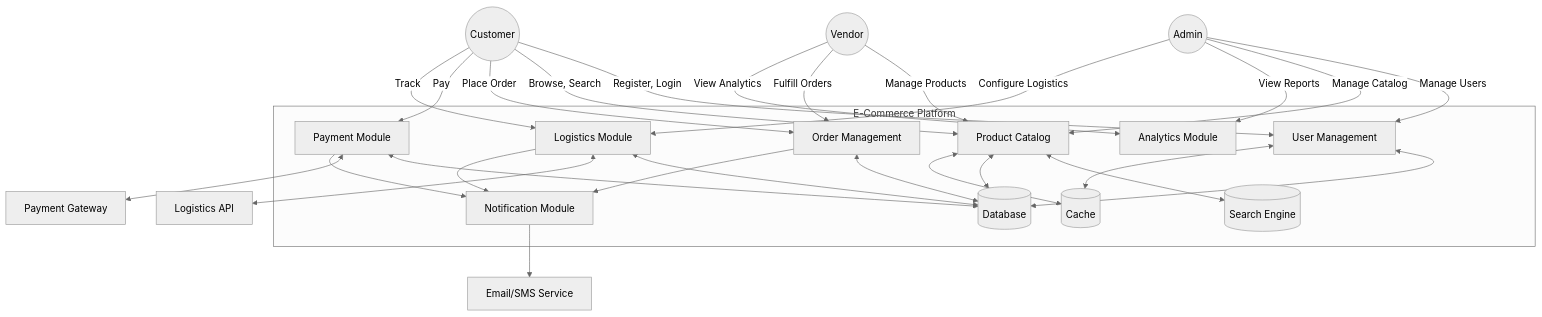
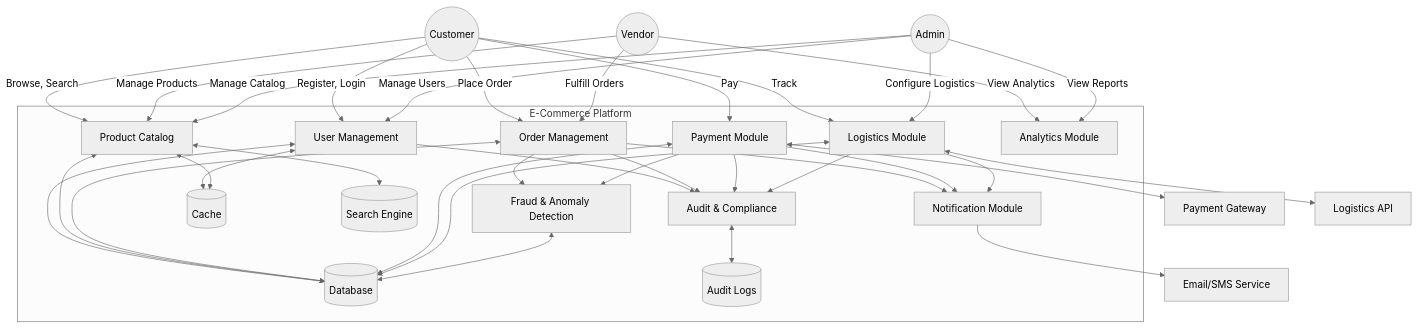
Before and after one commit to 0Ankit0/Project-Ideas: the second of 7 diagrams in E-Commerce/high-level-design/data-flow-diagrams.md, drawn with Mermaid (neutral theme). The commit also changed other lines of this file and 21 other files, not shown here.

````diff
--- a/E-Commerce/high-level-design/data-flow-diagrams.md
+++ b/E-Commerce/high-level-design/data-flow-diagrams.md
@@ -42,57 +42,68 @@
 ```mermaid
 flowchart TB
     Customer((Customer))
     Vendor((Vendor))
     Admin((Admin))
     
     subgraph "E-Commerce Platform"
         UM[User Management]
         PC[Product Catalog]
         OM[Order Management]
         PM[Payment Module]
         LM[Logistics Module]
         NM[Notification Module]
         AM[Analytics Module]
+        FAD[Fraud & Anomaly Detection]
+        AUD[Audit & Compliance]
         
         DB[(Database)]
         Cache[(Cache)]
         Search[(Search Engine)]
+        AuditLog[(Audit Logs)]
     end
     
     PaymentGW[Payment Gateway]
     LogisticsAPI[Logistics API]
     EmailSMS[Email/SMS Service]
     
     Customer -->|Register, Login| UM
     Customer -->|Browse, Search| PC
     Customer -->|Place Order| OM
     Customer -->|Pay| PM
     Customer -->|Track| LM
     
     Vendor -->|Manage Products| PC
     Vendor -->|Fulfill Orders| OM
     Vendor -->|View Analytics| AM
     
     Admin -->|Manage Users| UM
     Admin -->|Manage Catalog| PC
     Admin -->|View Reports| AM
     Admin -->|Configure Logistics| LM
     
     PC <--> Search
     UM <--> DB
     PC <--> DB
     OM <--> DB
     PM <--> DB
     LM <--> DB
+    FAD <--> DB
+    AUD <--> AuditLog
     
     UM <--> Cache
     PC <--> Cache
     
     PM <--> PaymentGW
     LM <--> LogisticsAPI
     NM --> EmailSMS
     
     OM --> NM
     PM --> NM
     LM --> NM
+    OM --> FAD
+    PM --> FAD
+    UM --> AUD
+    OM --> AUD
+    PM --> AUD
+    LM --> AUD
 ```
````
